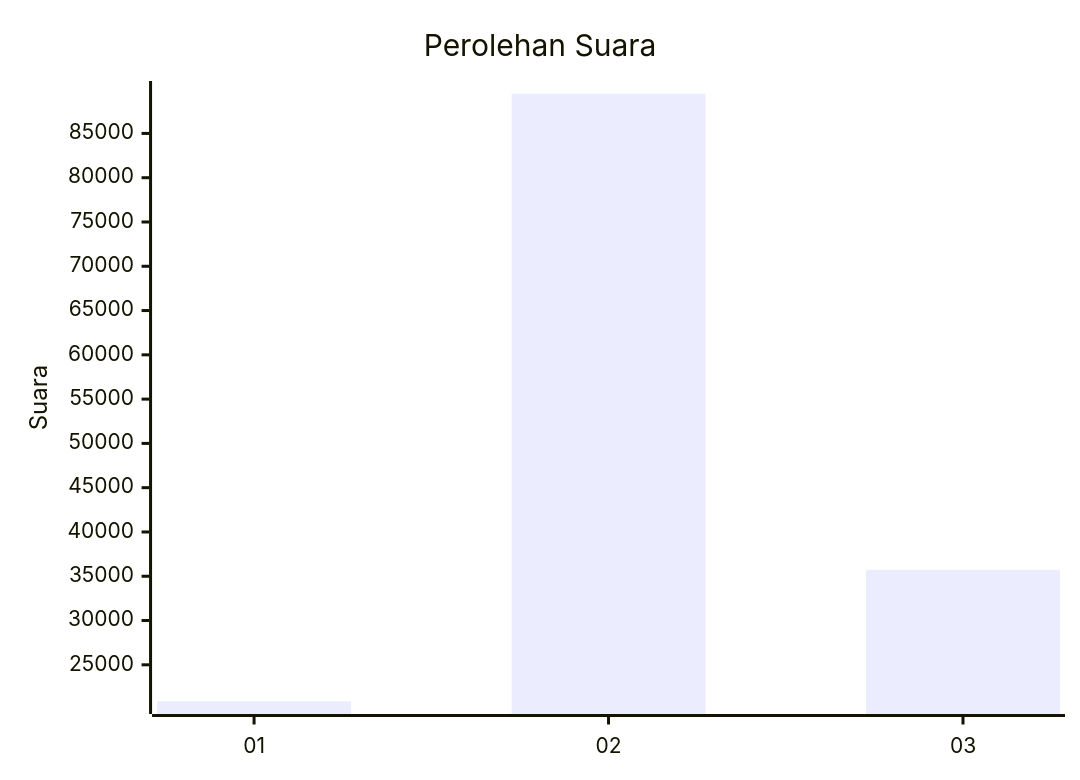
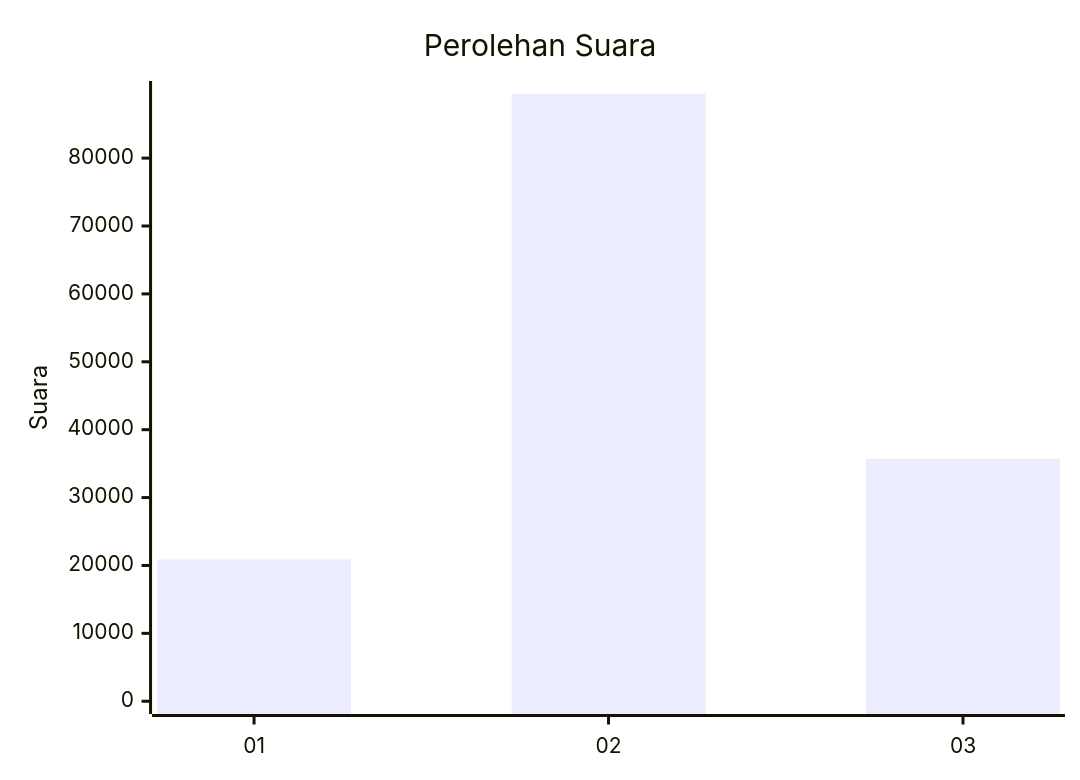
Before and after one commit to gigit-pemilu/pemilu-2024: the first of 2 diagrams in pilpres/hitung-suara/sub/table-wilayah-96.md, drawn with Mermaid. The commit also changed 42 other files, not shown here.

````diff
--- a/pilpres/hitung-suara/sub/table-wilayah-96.md
+++ b/pilpres/hitung-suara/sub/table-wilayah-96.md
@@ -7,7 +7,7 @@
 ```mermaid
 xychart-beta
     title "Perolehan Suara"
     x-axis [01, 02, 03]
-    y-axis "Suara"
+    y-axis "Suara" 0 --> 89480
     bar [20885, 89480, 35723]
 ```
````
